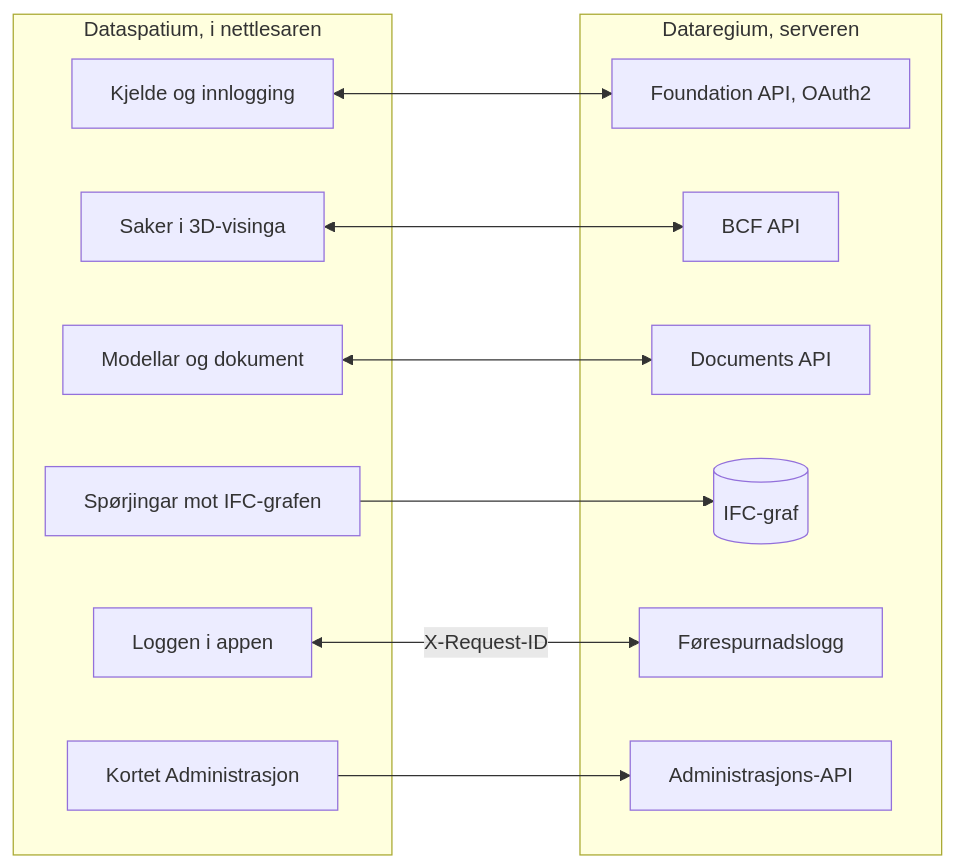
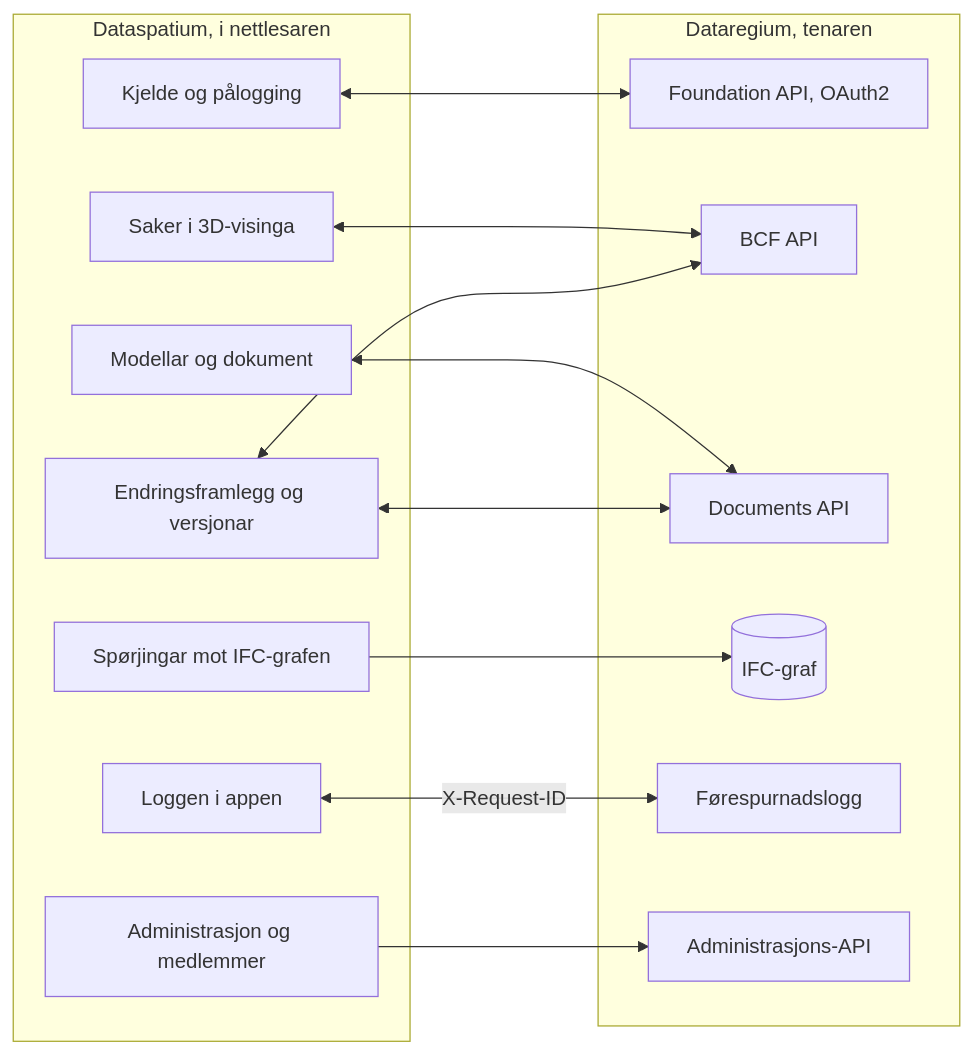
Before and after one commit to marwiss/Dataspatium: the diagram in docs/nn/README.md, drawn with Mermaid. The commit also changed other lines of this file and 6 other files, not shown here.

````diff
--- a/docs/nn/README.md
+++ b/docs/nn/README.md
@@ -161,25 +234,28 @@
 ```mermaid
 flowchart LR
     subgraph app ["Dataspatium, i nettlesaren"]
-        source["Kjelde og innlogging"]
+        source["Kjelde og pålogging"]
         issues["Saker i 3D-visinga"]
         files["Modellar og dokument"]
+        changes["Endringsframlegg og versjonar"]
         queries["Spørjingar mot IFC-grafen"]
         log["Loggen i appen"]
-        admin["Kortet Administrasjon"]
+        admin["Administrasjon og medlemmer"]
     end
-    subgraph server ["Dataregium, serveren"]
+    subgraph server ["Dataregium, tenaren"]
         foundation["Foundation API, OAuth2"]
         bcf["BCF API"]
         documents["Documents API"]
         ifcgraph[("IFC-graf")]
         requests["Førespurnadslogg"]
         adminapi["Administrasjons-API"]
     end
     source <--> foundation
     issues <--> bcf
     files <--> documents
+    changes <--> bcf
+    changes <--> documents
     queries --> ifcgraph
     log <-- "X-Request-ID" --> requests
     admin --> adminapi
 ```
````
